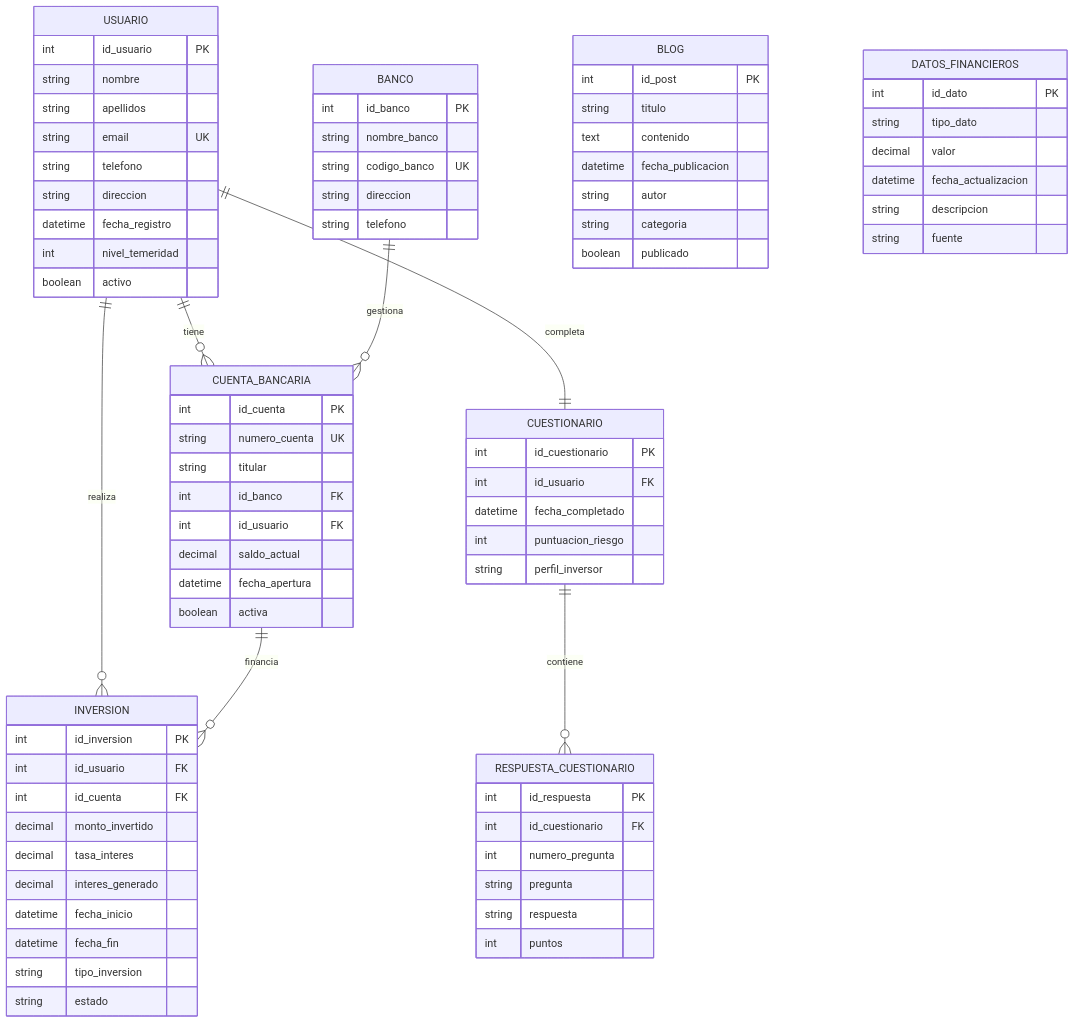
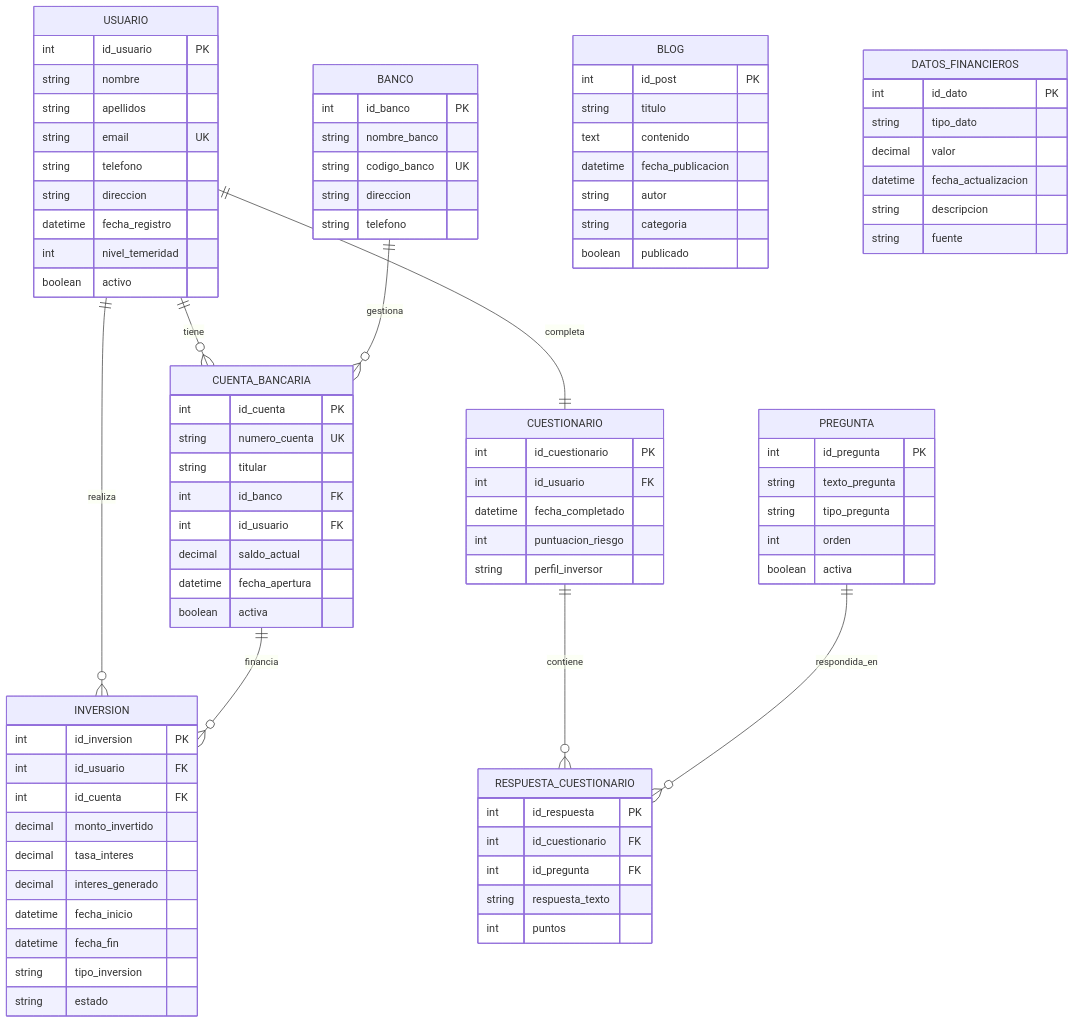
One commit to mtleiva/newry-technical-test changed the diagram in DatabaseDesign/ER-Model.md. Above: the diagram before and after it, drawn with Mermaid. The commit also changed other lines of this file and 2 other files, not shown here.

First line of the commit message:
refactor: Normalize database design with separate PREGUNTA entity

```diff
--- a/DatabaseDesign/ER-Model.md
+++ b/DatabaseDesign/ER-Model.md
@@ -19,6 +19,7 @@
     BANCO ||--o{ CUENTA_BANCARIA : "gestiona"
     CUENTA_BANCARIA ||--o{ INVERSION : "financia"
     CUESTIONARIO ||--o{ RESPUESTA_CUESTIONARIO : "contiene"
+    PREGUNTA ||--o{ RESPUESTA_CUESTIONARIO : "respondida_en"
 
     USUARIO {
         int id_usuario PK
@@ -72,12 +73,19 @@
         string perfil_inversor
     }
 
+    PREGUNTA {
+        int id_pregunta PK
+        string texto_pregunta
+        string tipo_pregunta
+        int orden
+        boolean activa
+    }
+
     RESPUESTA_CUESTIONARIO {
         int id_respuesta PK
         int id_cuestionario FK
-        int numero_pregunta
-        string pregunta
-        string respuesta
+        int id_pregunta FK
+        string respuesta_texto
         int puntos
     }
 
```
